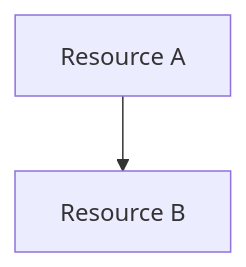
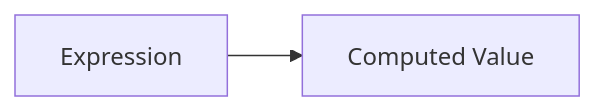
The fourth of 4 diagrams in 02-Terrafrom_Blocks/02.01-Terraform_Language.md (arira-ai/ar_terraform), drawn with Mermaid before and after one commit. The commit also changed other lines of this file, not shown here.

````diff
--- a/02-Terrafrom_Blocks/02.01-Terraform_Language.md
+++ b/02-Terrafrom_Blocks/02.01-Terraform_Language.md
@@ -175,4 +187,4 @@
 ```mermaid
-flowchart TD
-A[Resource A] --> B[Resource B]
+flowchart LR
+A[Expression] --> B[Computed Value]
 ```
````
